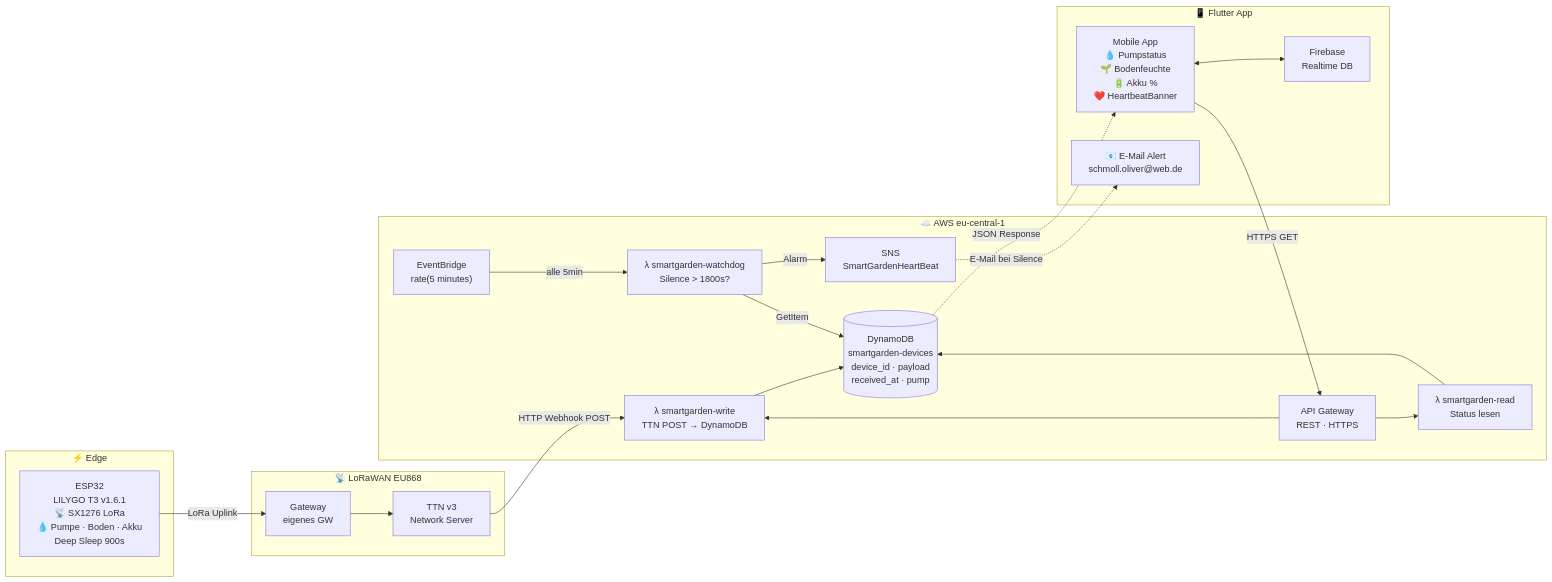
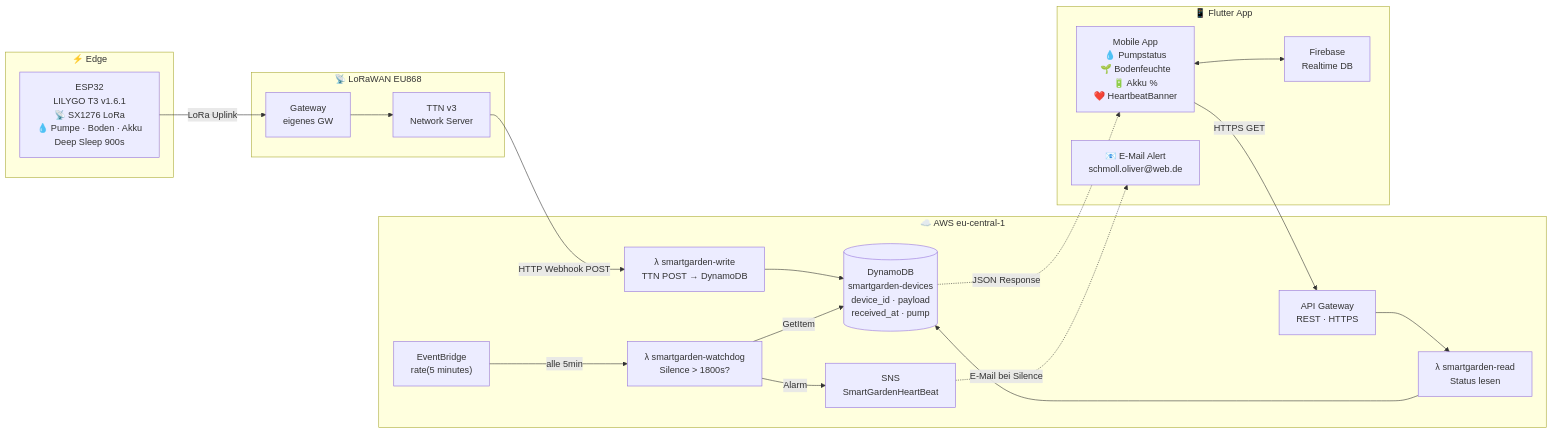
One commit to Silverlode76/SmartGarden changed the diagram in docs/architecture/cloud-architecture.md. Above: the diagram before and after it, drawn with Mermaid.

Commit message:
Fix cloud diagram: API Gateway only routes to read Lambda
Write Lambda wird direkt von TTN per HTTP Webhook aufgerufen,
nicht über API Gateway. API Gateway → nur smartgarden-read.

````diff
--- a/docs/architecture/cloud-architecture.md
+++ b/docs/architecture/cloud-architecture.md
@@ -3,42 +3,41 @@
 ```mermaid
 flowchart LR
     subgraph EDGE["⚡ Edge"]
         ESP["ESP32\nLILYGO T3 v1.6.1\n📡 SX1276 LoRa\n💧 Pumpe · Boden · Akku\nDeep Sleep 900s"]
     end
 
     subgraph LORA["📡 LoRaWAN EU868"]
         GW["Gateway\neigenes GW"]
         TTN["TTN v3\nNetwork Server"]
         GW --> TTN
     end
 
     subgraph AWS["☁️ AWS  eu-central-1"]
         WRITE["λ smartgarden-write\nTTN POST → DynamoDB"]
         DYNAMO[("DynamoDB\nsmartgarden-devices\ndevice_id · payload\nreceived_at · pump")]
         APIGW["API Gateway\nREST · HTTPS"]
         READ["λ smartgarden-read\nStatus lesen"]
         WATCHDOG["λ smartgarden-watchdog\nSilence > 1800s?"]
         EB["EventBridge\nrate(5 minutes)"]
         SNS["SNS\nSmartGardenHeartBeat"]
 
         WRITE --> DYNAMO
-        APIGW --> WRITE
         APIGW --> READ --> DYNAMO
         EB -->|alle 5min| WATCHDOG
         WATCHDOG -->|GetItem| DYNAMO
         WATCHDOG -->|Alarm| SNS
     end
 
     subgraph APP["📱 Flutter App"]
         MOBILE["Mobile App\n💧 Pumpstatus\n🌱 Bodenfeuchte\n🔋 Akku %\n❤️ HeartbeatBanner"]
         FB["Firebase\nRealtime DB"]
         MAIL["📧 E-Mail Alert\nschmoll.oliver@web.de"]
     end
 
     ESP -->|LoRa Uplink| GW
     TTN -->|HTTP Webhook POST| WRITE
     MOBILE -->|HTTPS GET| APIGW
     DYNAMO -.->|JSON Response| MOBILE
     SNS -.->|E-Mail bei Silence| MAIL
     MOBILE <--> FB
 ```
````
